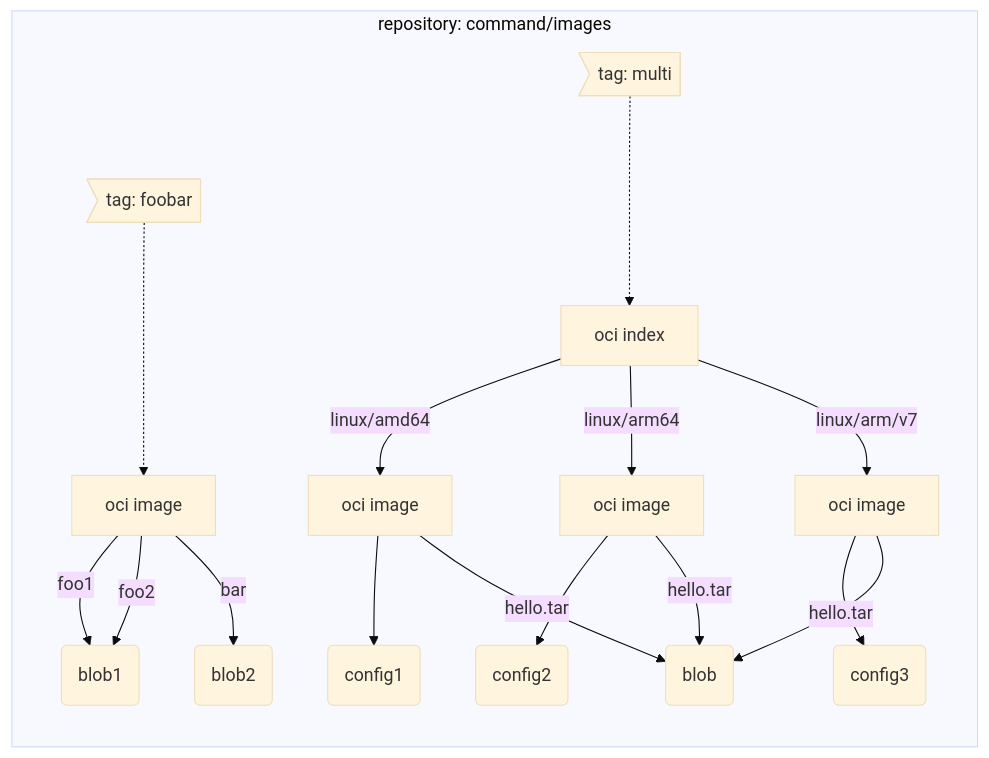
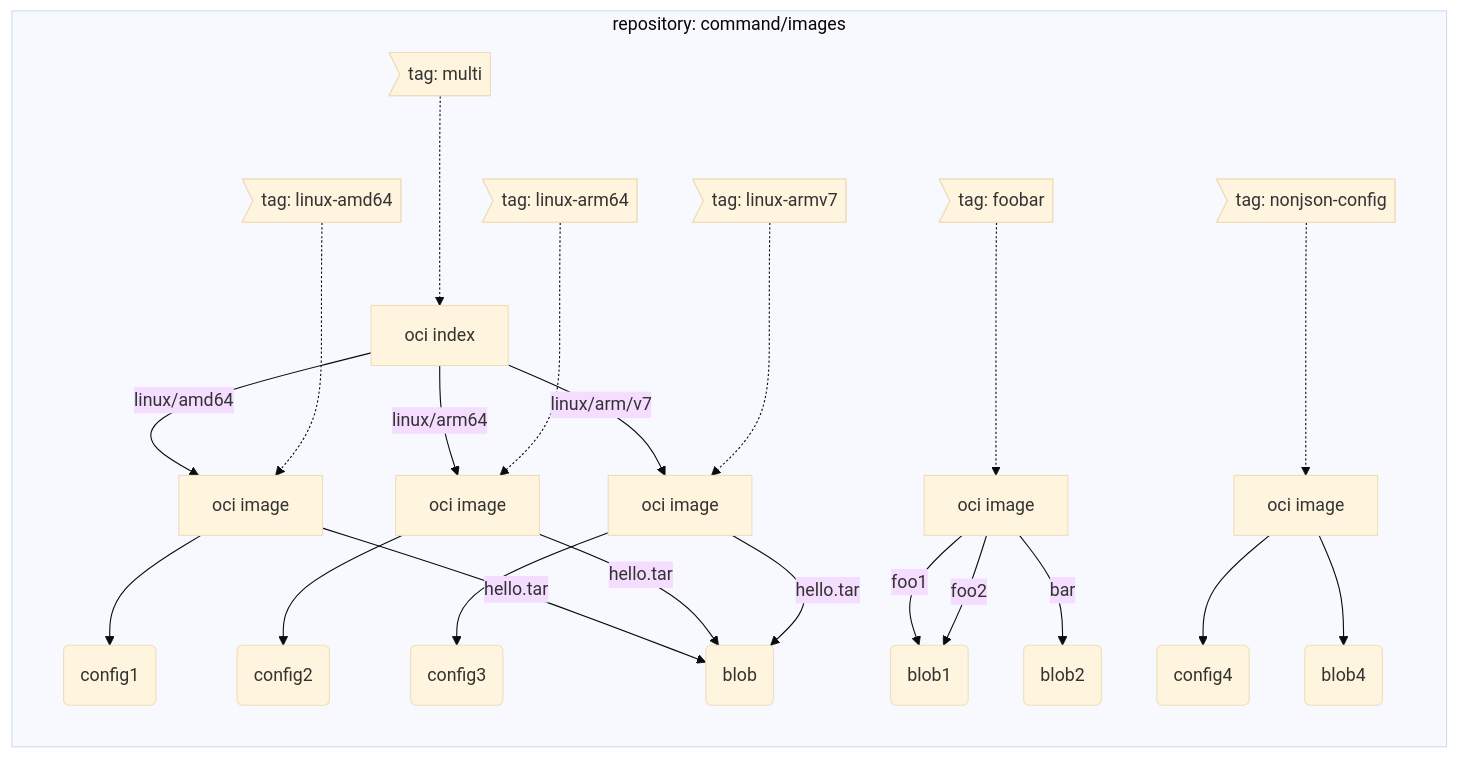
The fourth of 5 diagrams in test/e2e/README.md (oras-project/oras), drawn with Mermaid (base theme) before and after one commit. The commit also changed 16 other files, not shown here.

````diff
--- a/test/e2e/README.md
+++ b/test/e2e/README.md
@@ -152,21 +152,28 @@
 ```mermaid
 graph TD;
     subgraph "repository: command/images"
         direction TB
         A0>tag: multi]-..->A1[oci index]
         A1--linux/amd64-->A2[oci image]
         A1--linux/arm64-->A3[oci image]
         A1--linux/arm/v7-->A4[oci image]
         A2-->A5(config1)
         A3-->A6(config2)
         A4-->A7(config3)
         A2-- hello.tar -->A8(blob)
         A3-- hello.tar -->A8(blob)
         A4-- hello.tar -->A8(blob)
+        A9>tag: linux-amd64]-..->A2
+        A10>tag: linux-arm64]-..->A3
+        A11>tag: linux-armv7]-..->A4
 
         B0>tag: foobar]-..->B1[oci image]
         B1-- foo1 -->B2(blob1)
         B1-- foo2 -->B2(blob1)
         B1-- bar -->B3(blob2)
+
+        C0>tag: nonjson-config]-..->C1[oci image]
+        C1-->C2(config4)
+        C1-->C3(blob4)
     end
 ```
````
